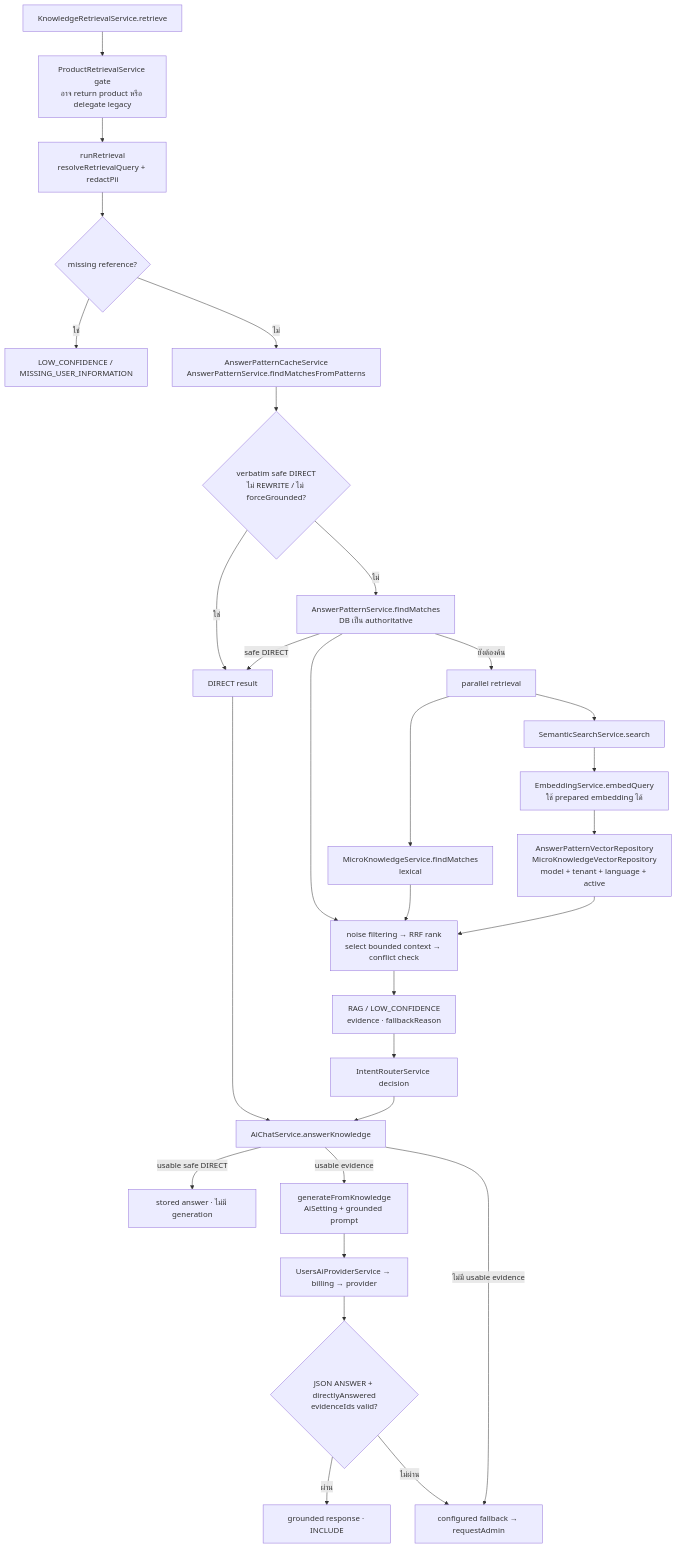
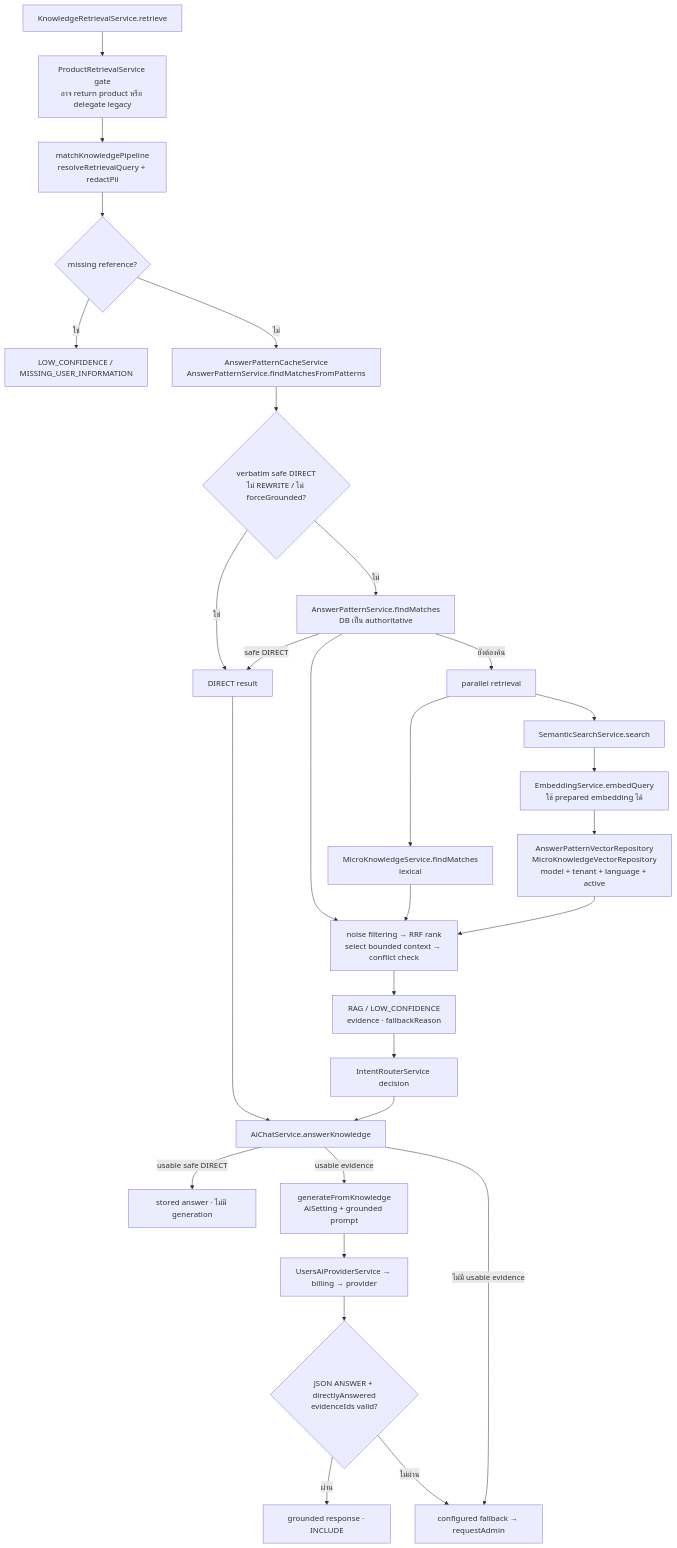
One commit to Codeine999/chatbot-agents changed the third of 15 diagrams in docs/diagrams/core-logic/source.md. Above: the diagram before and after it, drawn with Mermaid. The commit also changed 24 other files, not shown here.

````diff
--- a/docs/diagrams/core-logic/source.md
+++ b/docs/diagrams/core-logic/source.md
@@ -86,31 +86,31 @@
 ```mermaid
 flowchart TB
   K["KnowledgeRetrievalService.retrieve"] --> P["ProductRetrievalService gate<br/>อาจ return product หรือ delegate legacy"]
-  P --> LEG["runRetrieval<br/>resolveRetrievalQuery + redactPii"]
+  P --> LEG["matchKnowledgePipeline<br/>resolveRetrievalQuery + redactPii"]
   LEG --> MISS{"missing reference?"}
   MISS -->|ใช่| CL["LOW_CONFIDENCE / MISSING_USER_INFORMATION"]
   MISS -->|ไม่| CACHE["AnswerPatternCacheService<br/>AnswerPatternService.findMatchesFromPatterns"]
   CACHE --> EXACT{"verbatim safe DIRECT<br/>ไม่ REWRITE / ไม่ forceGrounded?"}
   EXACT -->|ใช่| DIR["DIRECT result"]
   EXACT -->|ไม่| DB["AnswerPatternService.findMatches<br/>DB เป็น authoritative"]
   DB -->|safe DIRECT| DIR
   DB -->|ยังต้องค้น| PAR["parallel retrieval"]
   PAR --> MICRO["MicroKnowledgeService.findMatches<br/>lexical"]
   PAR --> SEM["SemanticSearchService.search"]
   SEM --> EMB["EmbeddingService.embedQuery<br/>ใช้ prepared embedding ได้"]
   EMB --> V["AnswerPatternVectorRepository<br/>MicroKnowledgeVectorRepository<br/>model + tenant + language + active"]
   DB --> FUSE["noise filtering → RRF rank<br/>select bounded context → conflict check"]
   MICRO --> FUSE
   V --> FUSE
   FUSE --> RES["RAG / LOW_CONFIDENCE<br/>evidence · fallbackReason"]
   DIR --> ANS["AiChatService.answerKnowledge"]
   RES --> ROUTER["IntentRouterService decision"]
   ROUTER --> ANS
   ANS -->|usable safe DIRECT| VER["stored answer · ไม่มี generation"]
   ANS -->|usable evidence| GRO["generateFromKnowledge<br/>AiSetting + grounded prompt"]
   GRO --> PRO["UsersAiProviderService → billing → provider"]
   PRO --> VAL{"JSON ANSWER + directlyAnswered<br/>evidenceIds valid?"}
   VAL -->|ผ่าน| OK["grounded response · INCLUDE"]
   VAL -->|ไม่ผ่าน| FB["configured fallback → requestAdmin"]
   ANS -->|ไม่มี usable evidence| FB
 ```
````
